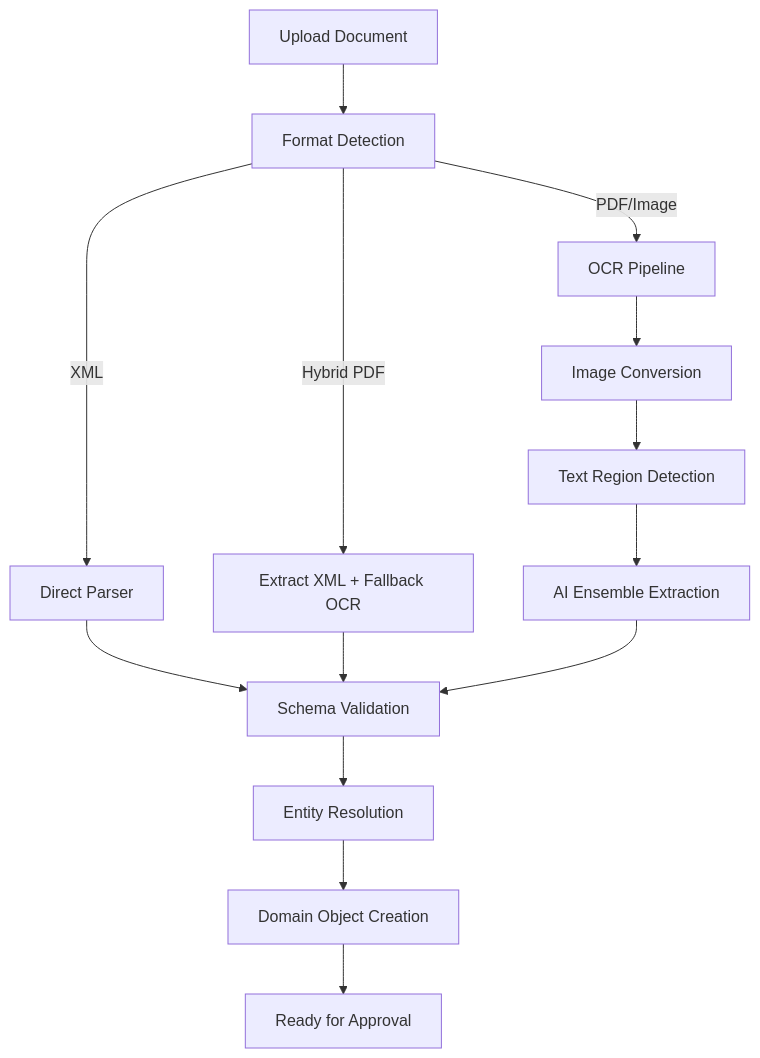
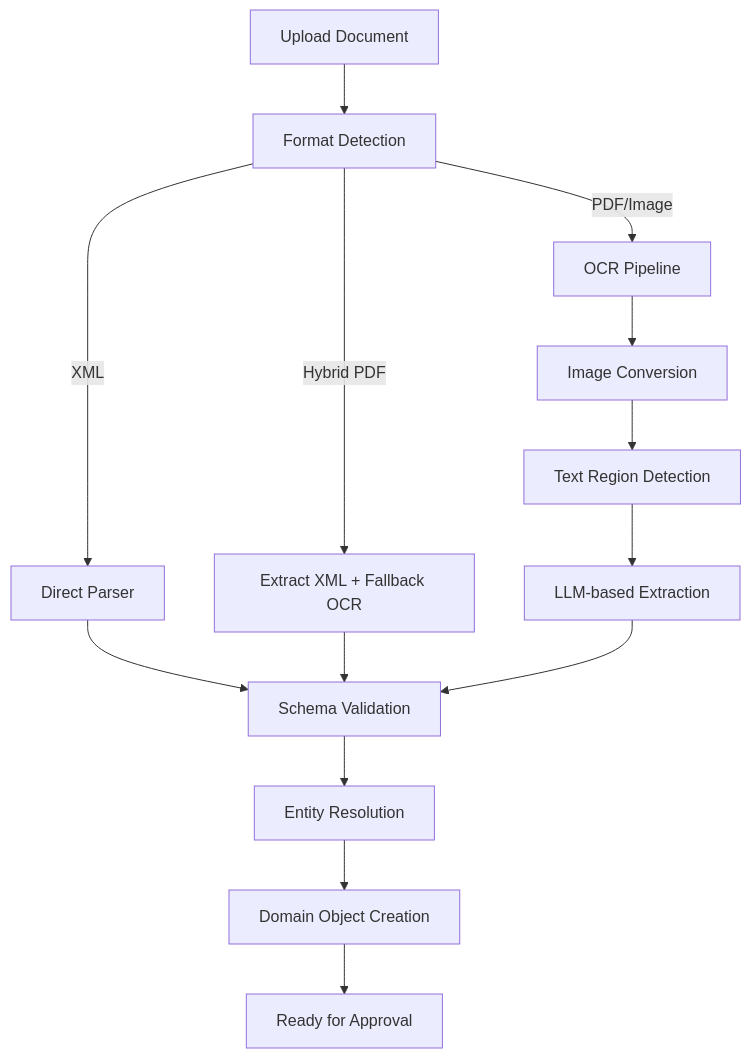
Before and after one commit to FlowieAI/docs: the first of 2 diagrams in concepts/invoices.mdx, drawn with Mermaid. The commit also changed other lines of this file and 35 other files, not shown here.

````diff
--- a/concepts/invoices.mdx
+++ b/concepts/invoices.mdx
@@ -45,19 +45,19 @@
 ```mermaid
 graph TD
     A[Upload Document] --> B[Format Detection]
     B -->|PDF/Image| C[OCR Pipeline]
     B -->|XML| D[Direct Parser]
     B -->|Hybrid PDF| E[Extract XML + Fallback OCR]
     
     C --> F[Image Conversion]
     F --> G[Text Region Detection]
-    G --> H[AI Ensemble Extraction]
+    G --> H[LLM-based Extraction]
     
     D --> I[Schema Validation]
     E --> I
     H --> I
     
     I --> J[Entity Resolution]
     J --> K[Domain Object Creation]
     K --> L[Ready for Approval]
 ```
````
